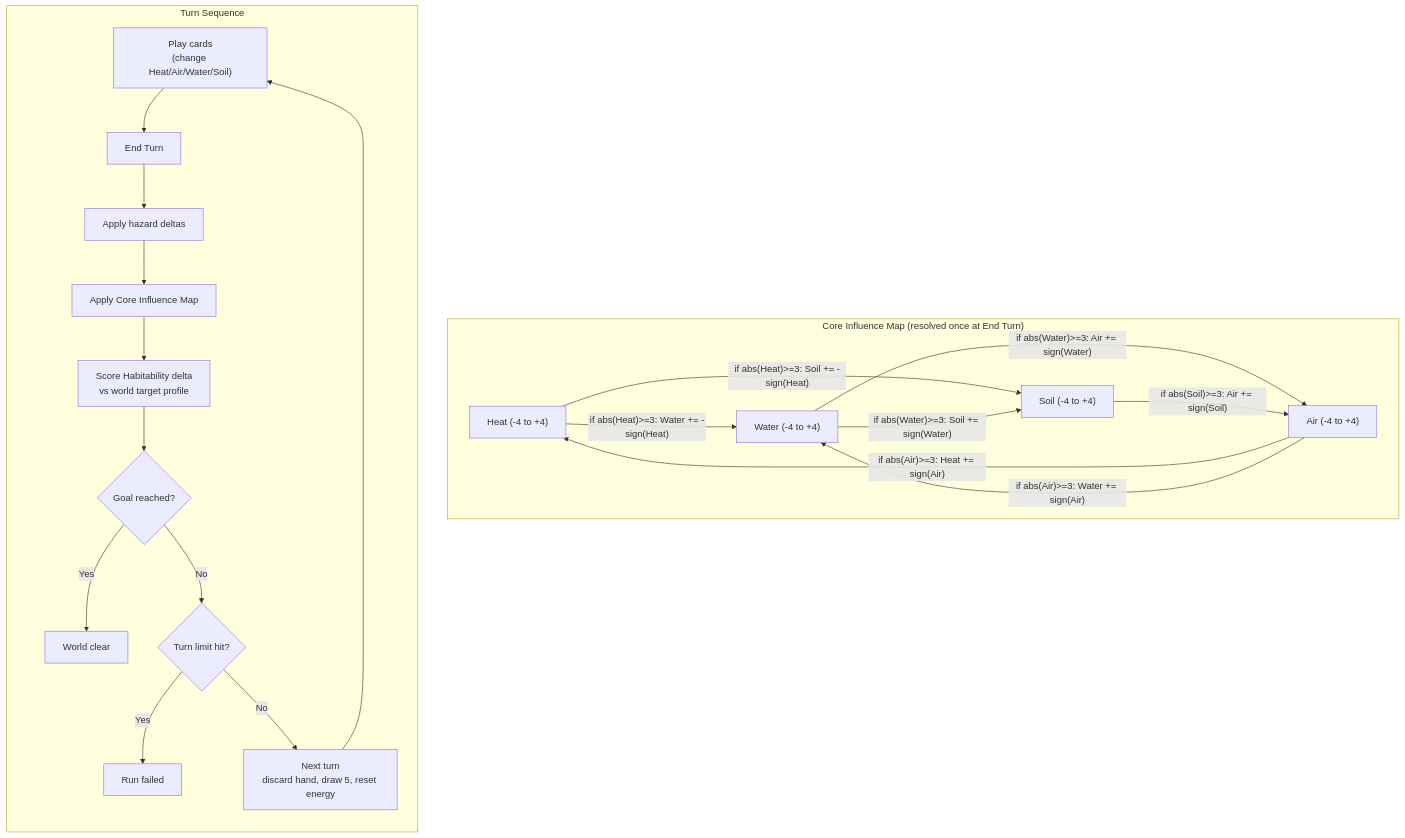
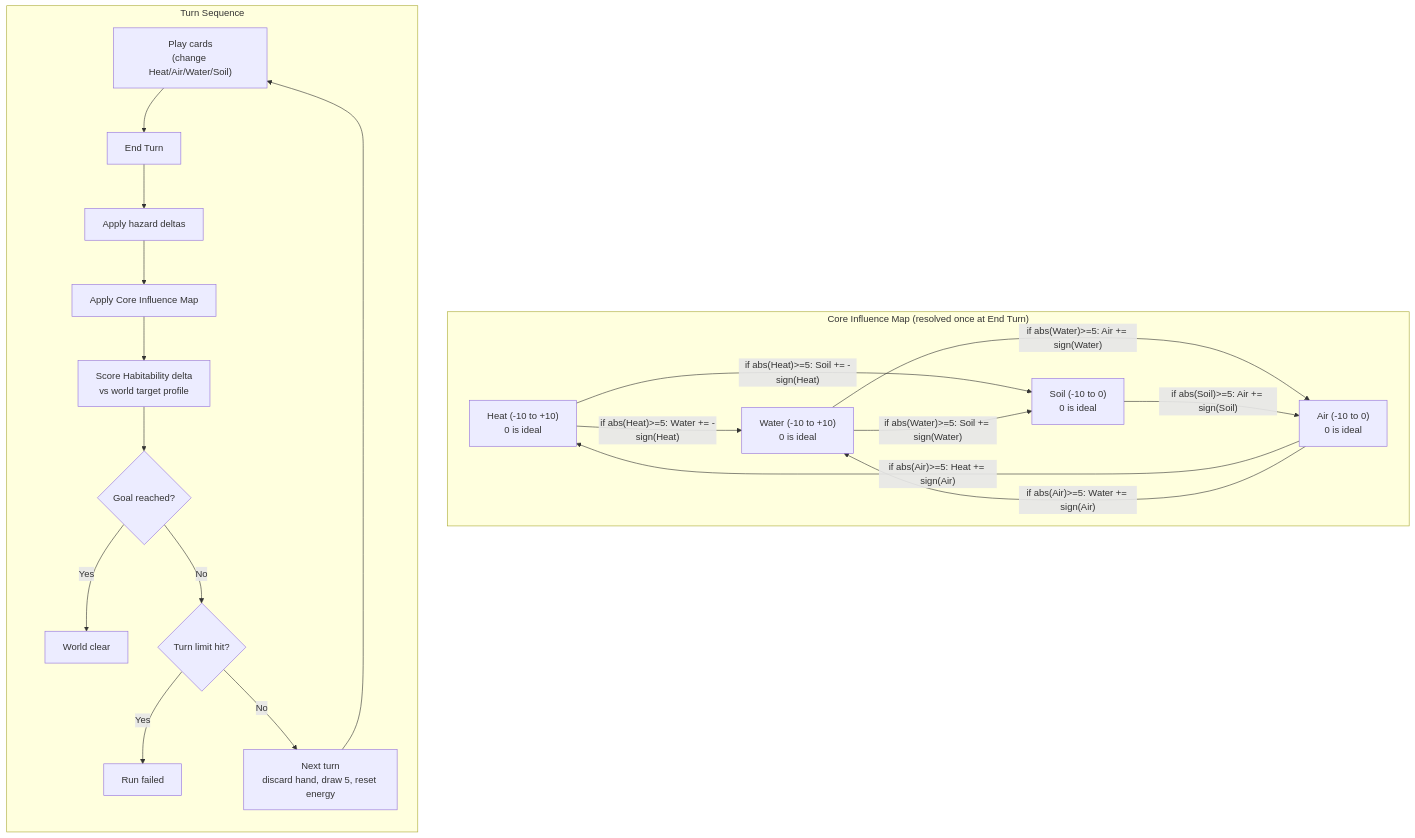
Before and after one commit to gp48maz1/terraform-trek: the diagram in game_logic_v2.mmd, drawn with Mermaid. The commit also changed 4 other files, not shown here.

```diff
--- a/game_logic_v2.mmd
+++ b/game_logic_v2.mmd
@@ -1,36 +1,36 @@
 flowchart TD
     subgraph Core["Core Influence Map (resolved once at End Turn)"]
         direction LR
-        Heat["Heat (-4 to +4)"]
-        Air["Air (-4 to +4)"]
-        Water["Water (-4 to +4)"]
-        Soil["Soil (-4 to +4)"]
+        Heat["Heat (-10 to +10)<br/>0 is ideal"]
+        Air["Air (-10 to 0)<br/>0 is ideal"]
+        Water["Water (-10 to +10)<br/>0 is ideal"]
+        Soil["Soil (-10 to 0)<br/>0 is ideal"]
 
-        Heat -->|"if abs(Heat)>=3: Water += -sign(Heat)"| Water
-        Heat -->|"if abs(Heat)>=3: Soil += -sign(Heat)"| Soil
-        Air -->|"if abs(Air)>=3: Heat += sign(Air)"| Heat
-        Air -->|"if abs(Air)>=3: Water += sign(Air)"| Water
-        Water -->|"if abs(Water)>=3: Soil += sign(Water)"| Soil
-        Water -->|"if abs(Water)>=3: Air += sign(Water)"| Air
-        Soil -->|"if abs(Soil)>=3: Air += sign(Soil)"| Air
+        Heat -->|"if abs(Heat)>=5: Water += -sign(Heat)"| Water
+        Heat -->|"if abs(Heat)>=5: Soil += -sign(Heat)"| Soil
+        Air -->|"if abs(Air)>=5: Heat += sign(Air)"| Heat
+        Air -->|"if abs(Air)>=5: Water += sign(Air)"| Water
+        Water -->|"if abs(Water)>=5: Soil += sign(Water)"| Soil
+        Water -->|"if abs(Water)>=5: Air += sign(Water)"| Air
+        Soil -->|"if abs(Soil)>=5: Air += sign(Soil)"| Air
     end
 
     subgraph Turn["Turn Sequence"]
         direction TB
         T1["Play cards<br/>(change Heat/Air/Water/Soil)"]
         T2["End Turn"]
         T3["Apply hazard deltas"]
         T4["Apply Core Influence Map"]
         T5["Score Habitability delta<br/>vs world target profile"]
         T6{"Goal reached?"}
         T7{"Turn limit hit?"}
         T8["Next turn<br/>discard hand, draw 5, reset energy"]
         T9["World clear"]
         T10["Run failed"]
 
         T1 --> T2 --> T3 --> T4 --> T5 --> T6
         T6 -->|Yes| T9
         T6 -->|No| T7
         T7 -->|Yes| T10
         T7 -->|No| T8 --> T1
     end
```
